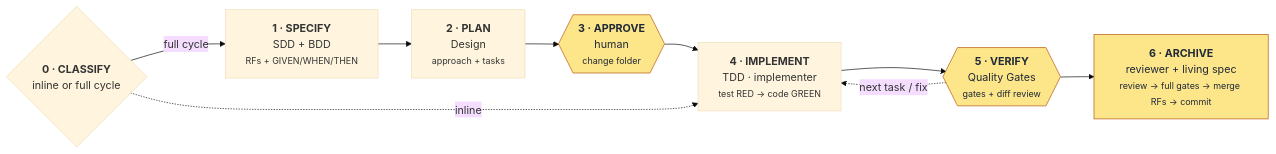
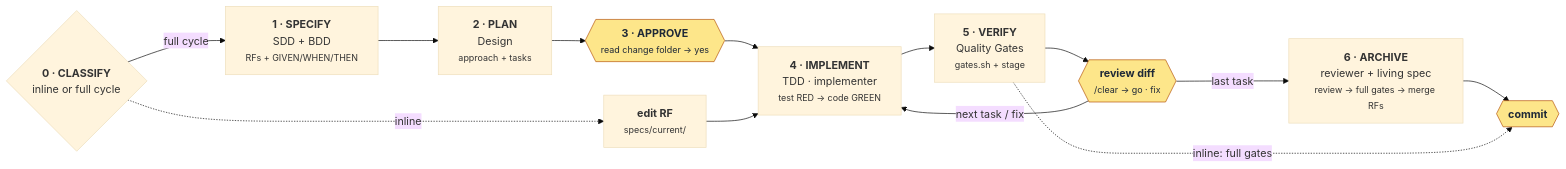
Before and after one commit to stevenhdz/spec-driven-development: the diagram in readme.md, drawn with Mermaid (base theme). The commit also changed other lines of this file and 1 other file, not shown here.

````diff
--- a/readme.md
+++ b/readme.md
@@ -90,17 +78,22 @@
 ```mermaid
 flowchart LR
     C{"<b>0 · CLASSIFY</b><br/>inline or full cycle"}
     S["<b>1 · SPECIFY</b><br/>SDD + BDD<br/><small>RFs + GIVEN/WHEN/THEN</small>"]
     P["<b>2 · PLAN</b><br/>Design<br/><small>approach + tasks</small>"]
-    A{{"<b>3 · APPROVE</b><br/>human<br/><small>change folder</small>"}}
+    A{{"<b>3 · APPROVE</b><br/><small>read change folder → yes</small>"}}
+    E["<b>edit RF</b><br/><small>specs/current/</small>"]
     I["<b>4 · IMPLEMENT</b><br/>TDD · implementer<br/><small>test RED → code GREEN</small>"]
-    V{{"<b>5 · VERIFY</b><br/>Quality Gates<br/><small>gates + diff review</small>"}}
-    R["<b>6 · ARCHIVE</b><br/>reviewer + living spec<br/><small>review → full gates → merge RFs → commit</small>"]
+    V["<b>5 · VERIFY</b><br/>Quality Gates<br/><small>gates.sh + stage</small>"]
+    D{{"<b>review diff</b><br/><small>/clear → go · fix</small>"}}
+    R["<b>6 · ARCHIVE</b><br/>reviewer + living spec<br/><small>review → full gates → merge RFs</small>"]
+    K{{"<b>commit</b>"}}
 
-    C -->|full cycle| S --> P --> A --> I --> V --> R
-    C -. inline .-> I
-    V -. next task / fix .-> I
+    C -->|full cycle| S --> P --> A --> I --> V --> D
+    D -->|next task / fix| I
+    D -->|last task| R --> K
+    C -. inline .-> E --> I
+    V -. inline: full gates .-> K
 
     classDef human fill:#fde68a,stroke:#b45309,color:#1f2937
-    class A,V,R human
+    class A,D,K human
 ```
````
